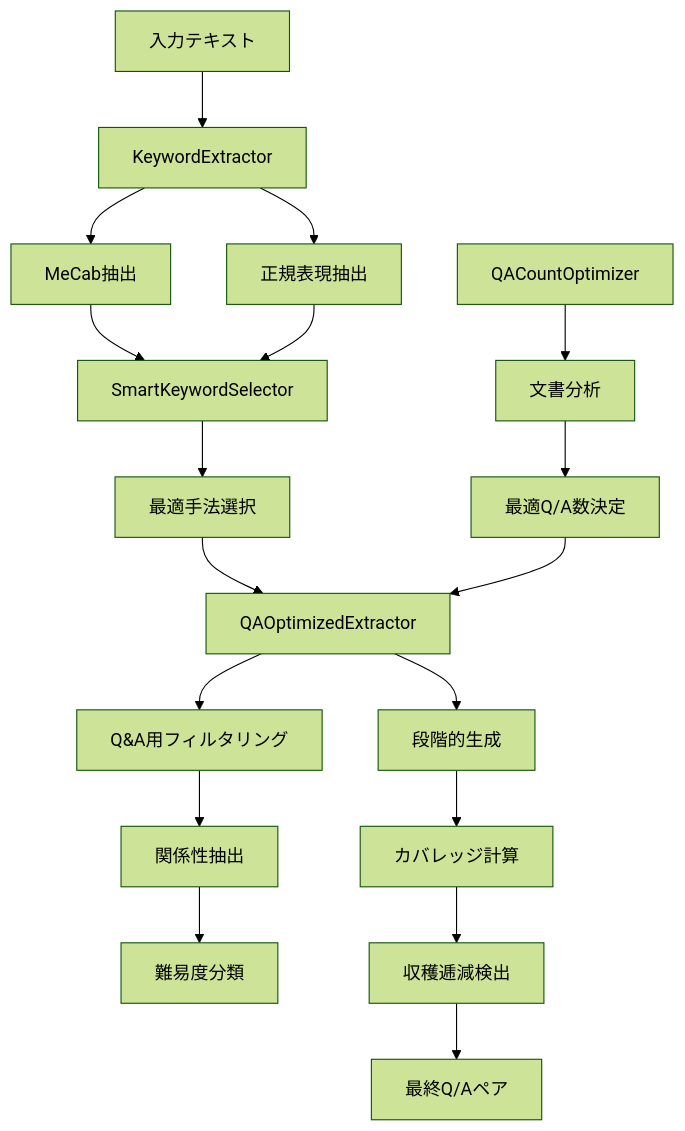
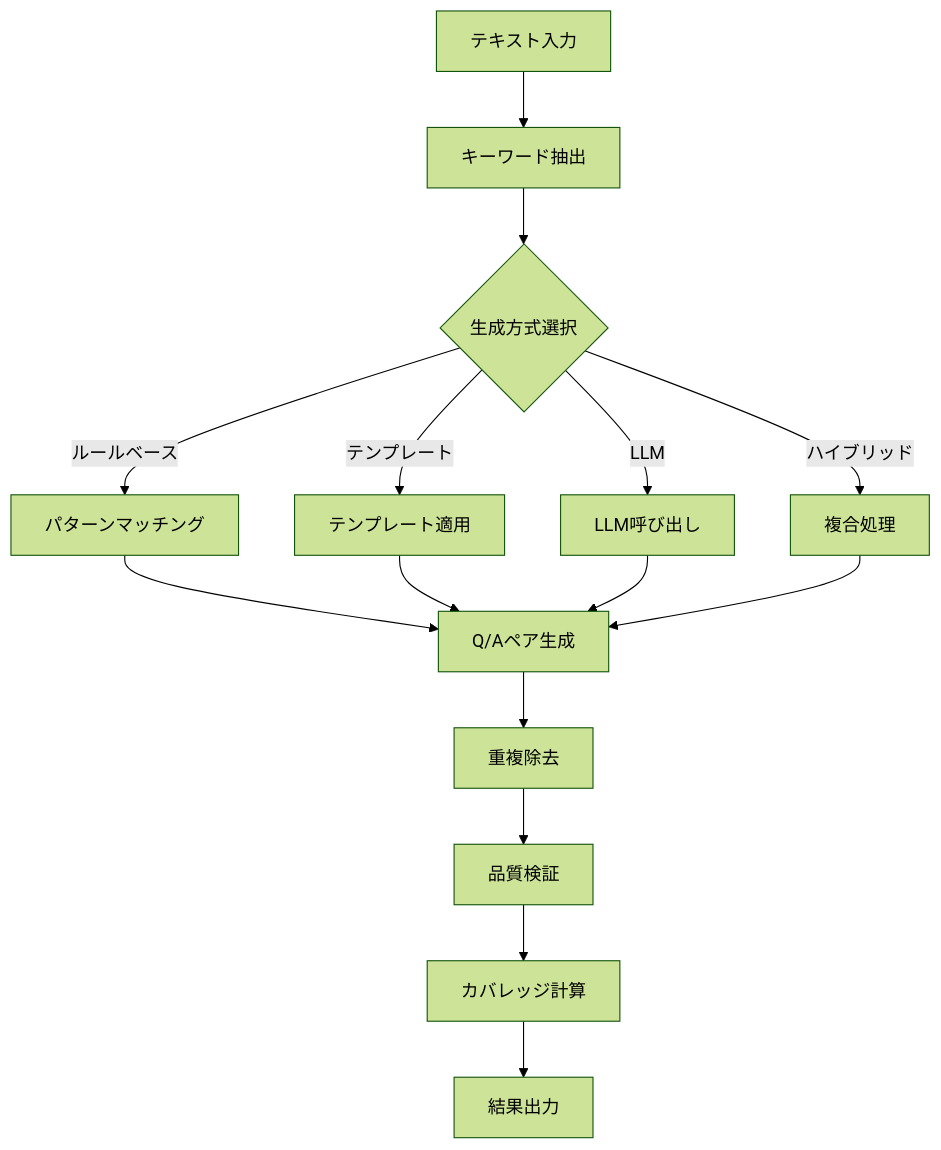
One commit to nakashima2toshio/openai_rag_qa_jp changed the first of 2 diagrams in doc/helper_rag_qa.md. Above: the diagram before and after it, drawn with Mermaid (forest theme). The commit also changed other lines of this file and 22 other files, not shown here.

````diff
--- a/doc/helper_rag_qa.md
+++ b/doc/helper_rag_qa.md
@@ -20,24 +437,17 @@
 ```mermaid
 graph TD
-    A[入力テキスト] --> B[KeywordExtractor]
-    B --> B1[MeCab抽出]
-    B --> B2[正規表現抽出]
-
-    B1 --> C[SmartKeywordSelector]
-    B2 --> C
-    C --> D[最適手法選択]
-
-    D --> E[QAOptimizedExtractor]
-    E --> F[Q&A用フィルタリング]
-    F --> G[関係性抽出]
-    G --> H[難易度分類]
-
-    I[QACountOptimizer] --> J[文書分析]
-    J --> K[最適Q/A数決定]
-    K --> E
-
-    E --> L[段階的生成]
-    L --> M[カバレッジ計算]
-    M --> N[収穫逓減検出]
-    N --> O[最終Q/Aペア]
+    A[テキスト入力] --> B[キーワード抽出]
+    B --> C{生成方式選択}
+    C -->|ルールベース| D[パターンマッチング]
+    C -->|テンプレート| E[テンプレート適用]
+    C -->|LLM| F[LLM呼び出し]
+    C -->|ハイブリッド| G[複合処理]
+    D --> H[Q/Aペア生成]
+    E --> H
+    F --> H
+    G --> H
+    H --> I[重複除去]
+    I --> J[品質検証]
+    J --> K[カバレッジ計算]
+    K --> L[結果出力]
 ```
````
